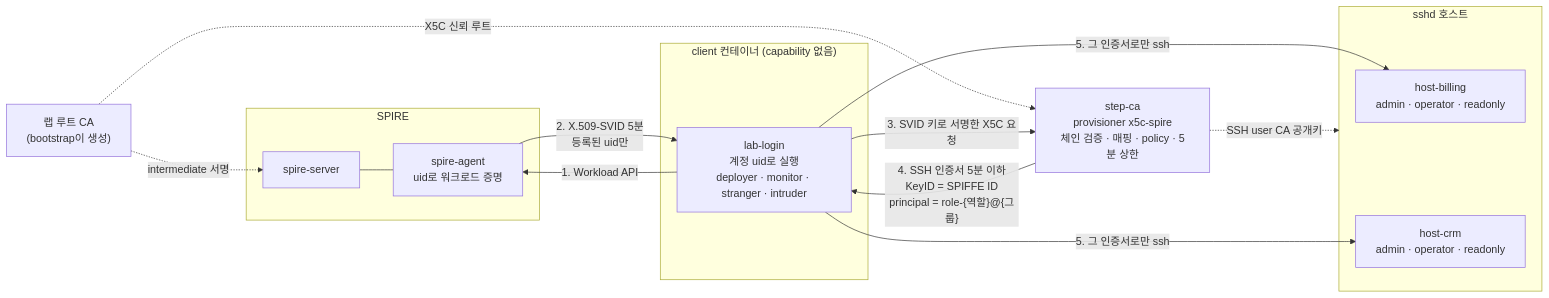
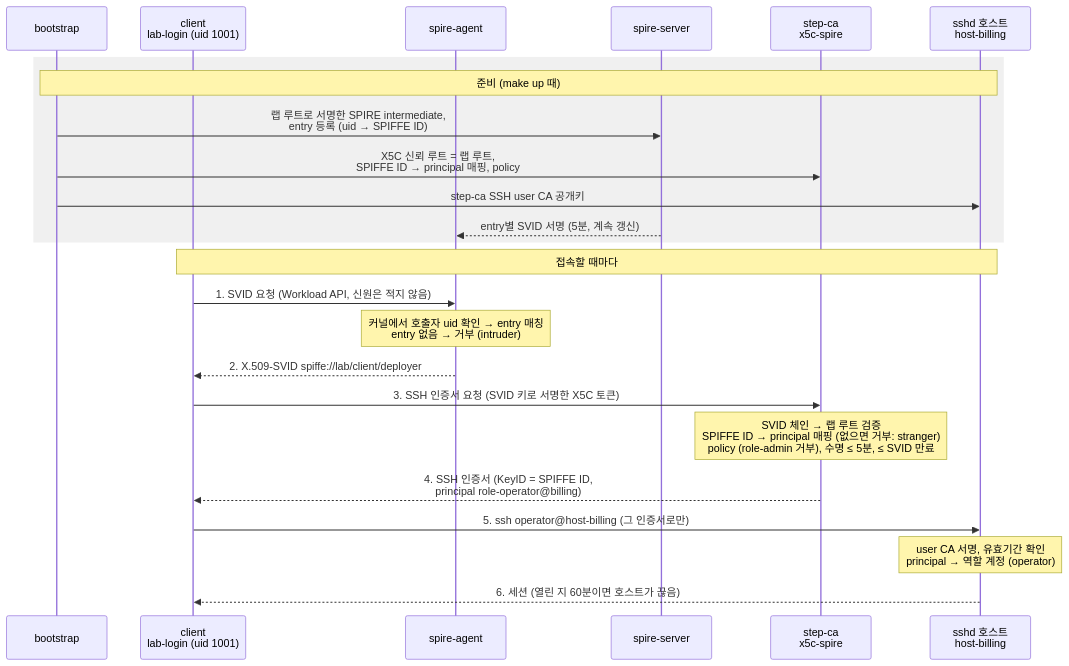
Before and after one commit to gnu-gnu/lampson-lab: the diagram in README.md, drawn with Mermaid. The commit also changed other lines of this file, not shown here.

Commit message:
README: 동작 구조를 순서도(sequence diagram)로

````diff
--- a/README.md
+++ b/README.md
@@ -9,31 +9,28 @@
 ```mermaid
-flowchart LR
-  ROOT["랩 루트 CA<br/>(bootstrap이 생성)"]
+sequenceDiagram
+  participant B as bootstrap
+  participant U as client<br/>lab-login (uid 1001)
+  participant A as spire-agent
+  participant S as spire-server
+  participant CA as step-ca<br/>x5c-spire
+  participant H as sshd 호스트<br/>host-billing
 
-  subgraph client["client 컨테이너 (capability 없음)"]
-    L["lab-login<br/>계정 uid로 실행<br/>deployer · monitor · stranger · intruder"]
+  rect rgba(128, 128, 128, 0.12)
+    Note over B,H: 준비 (make up 때)
+    B->>S: 랩 루트로 서명한 SPIRE intermediate,<br/>entry 등록 (uid → SPIFFE ID)
+    B->>CA: X5C 신뢰 루트 = 랩 루트,<br/>SPIFFE ID → principal 매핑, policy
+    B->>H: step-ca SSH user CA 공개키
+    S-->>A: entry별 SVID 서명 (5분, 계속 갱신)
   end
 
-  subgraph spire["SPIRE"]
-    S["spire-server"]
-    A["spire-agent<br/>uid로 워크로드 증명"]
-  end
-
-  CA["step-ca<br/>provisioner x5c-spire<br/>체인 검증 · 매핑 · policy · 5분 상한"]
-
-  subgraph hosts["sshd 호스트"]
-    HB["host-billing<br/>admin · operator · readonly"]
-    HC["host-crm<br/>admin · operator · readonly"]
-  end
-
-  ROOT -. "intermediate 서명" .-> S
-  ROOT -. "X5C 신뢰 루트" .-> CA
-  S --- A
-  L -- "1. Workload API" --> A
-  A -- "2. X.509-SVID 5분<br/>등록된 uid만" --> L
-  L -- "3. SVID 키로 서명한 X5C 요청" --> CA
-  CA -- "4. SSH 인증서 5분 이하<br/>KeyID = SPIFFE ID<br/>principal = role-{역할}@{그룹}" --> L
-  L -- "5. 그 인증서로만 ssh" --> HB
-  L -- "5. 그 인증서로만 ssh" --> HC
-  CA -. "SSH user CA 공개키" .-> hosts
+  Note over U,H: 접속할 때마다
+  U->>A: 1. SVID 요청 (Workload API, 신원은 적지 않음)
+  Note over A: 커널에서 호출자 uid 확인 → entry 매칭<br/>entry 없음 → 거부 (intruder)
+  A-->>U: 2. X.509-SVID spiffe://lab/client/deployer
+  U->>CA: 3. SSH 인증서 요청 (SVID 키로 서명한 X5C 토큰)
+  Note over CA: SVID 체인 → 랩 루트 검증<br/>SPIFFE ID → principal 매핑 (없으면 거부: stranger)<br/>policy (role-admin 거부), 수명 ≤ 5분, ≤ SVID 만료
+  CA-->>U: 4. SSH 인증서 (KeyID = SPIFFE ID,<br/>principal role-operator@billing)
+  U->>H: 5. ssh operator@host-billing (그 인증서로만)
+  Note over H: user CA 서명, 유효기간 확인<br/>principal → 역할 계정 (operator)
+  H-->>U: 6. 세션 (열린 지 60분이면 호스트가 끊음)
 ```
````
